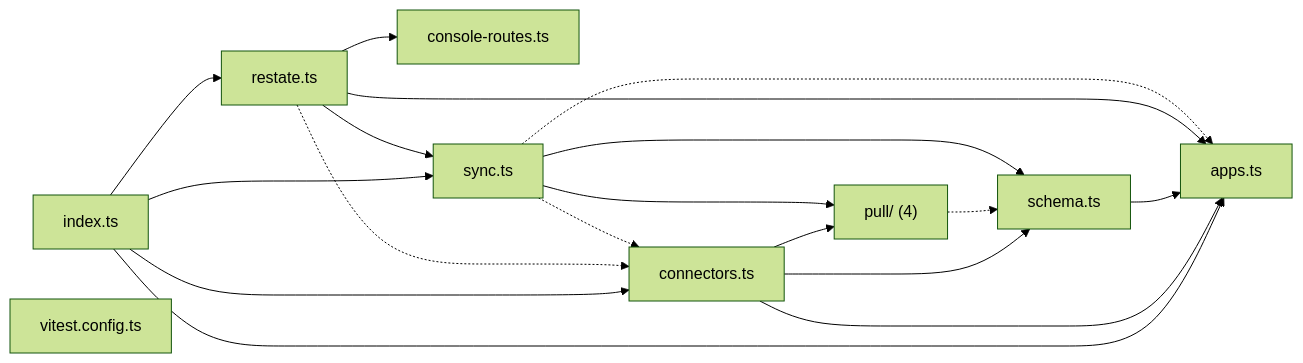
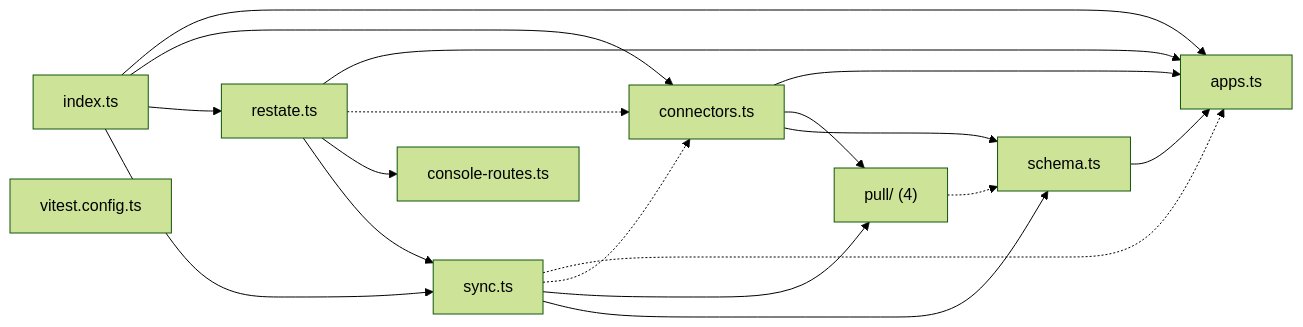
One commit to wrenautomation/wren changed the diagram in map/generated/imports/@wren+connectors.md. Above: the diagram before and after it, drawn with Mermaid (forest theme). The commit also changed other lines of this file and 96 other files, not shown here.

````diff
--- a/map/generated/imports/@wren+connectors.md
+++ b/map/generated/imports/@wren+connectors.md
@@ -18,29 +18,29 @@
 ```mermaid
 flowchart LR
-  nindex_ts["index.ts"]
   napps_ts["apps.ts"]
   nconnectors_ts["connectors.ts"]
+  nconsole_routes_ts["console-routes.ts"]
+  nindex_ts["index.ts"]
   npull_["pull/ (4)"]
+  nrestate_ts["restate.ts"]
   nschema_ts["schema.ts"]
-  nrestate_ts["restate.ts"]
-  nconsole_routes_ts["console-routes.ts"]
   nsync_ts["sync.ts"]
   nvitest_config_ts["vitest.config.ts"]
+  nconnectors_ts --> napps_ts
+  nconnectors_ts --> npull_
+  nconnectors_ts --> nschema_ts
   nindex_ts --> napps_ts
   nindex_ts --> nconnectors_ts
   nindex_ts --> nrestate_ts
   nindex_ts --> nsync_ts
-  nconnectors_ts --> napps_ts
-  nconnectors_ts --> npull_
-  nconnectors_ts --> nschema_ts
   npull_ -.-> nschema_ts
-  nschema_ts --> napps_ts
   nrestate_ts --> napps_ts
   nrestate_ts -.-> nconnectors_ts
   nrestate_ts --> nconsole_routes_ts
   nrestate_ts --> nsync_ts
+  nschema_ts --> napps_ts
   nsync_ts -.-> napps_ts
   nsync_ts -.-> nconnectors_ts
   nsync_ts --> npull_
   nsync_ts --> nschema_ts
 ```
````
